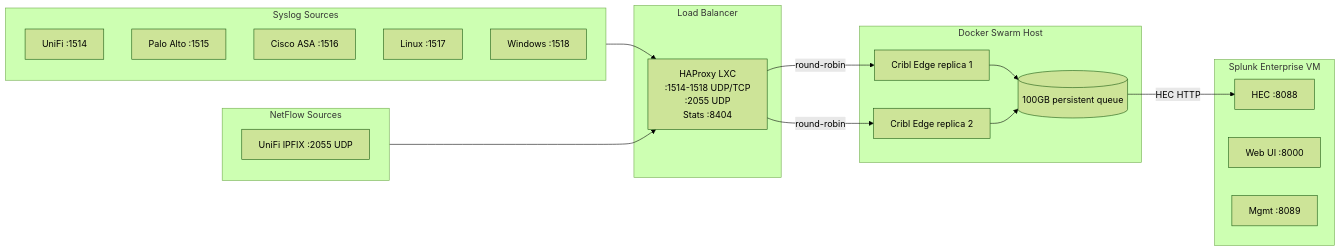
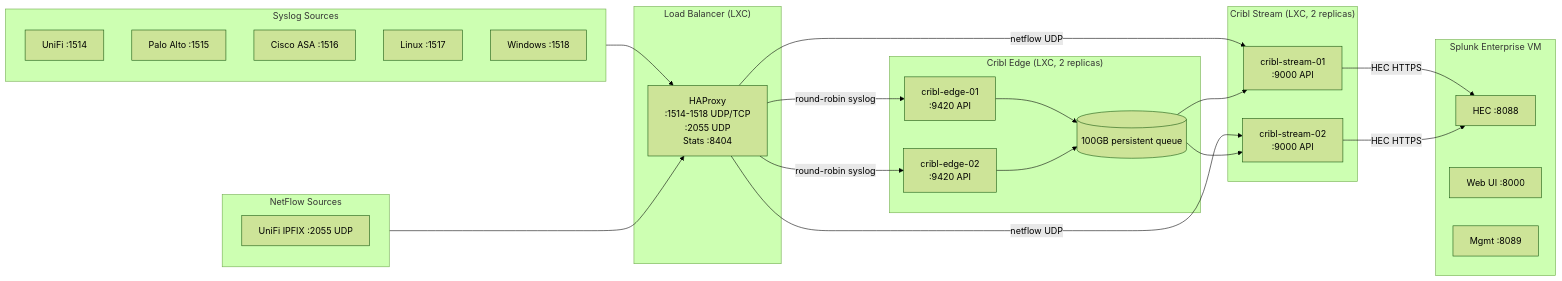
One commit to JacobPEvans/terraform-proxmox changed the second of 3 diagrams in docs/ARCHITECTURE.md. Above: the diagram before and after it, drawn with Mermaid (forest theme). The commit also changed other lines of this file and 1 other file, not shown here.

First line of the commit message:
docs(architecture): align with Cribl two-tier pipeline and Samba NAS reality

````diff
--- a/docs/ARCHITECTURE.md
+++ b/docs/ARCHITECTURE.md
@@ -51,38 +50,48 @@
 ```mermaid
 flowchart LR
     subgraph Sources["Syslog Sources"]
         U[UniFi :1514]
         PA[Palo Alto :1515]
         CA[Cisco ASA :1516]
         LN[Linux :1517]
         WN[Windows :1518]
     end
 
     subgraph NetFlow["NetFlow Sources"]
         NF[UniFi IPFIX :2055 UDP]
     end
 
-    subgraph LB["Load Balancer"]
-        HAP[HAProxy LXC<br/>:1514-1518 UDP/TCP<br/>:2055 UDP<br/>Stats :8404]
+    subgraph LB["Load Balancer (LXC)"]
+        HAP[HAProxy<br/>:1514-1518 UDP/TCP<br/>:2055 UDP<br/>Stats :8404]
     end
 
-    subgraph Collectors["Docker Swarm Host"]
-        CE1[Cribl Edge replica 1]
-        CE2[Cribl Edge replica 2]
+    subgraph Collectors["Cribl Edge (LXC, 2 replicas)"]
+        CE1[cribl-edge-01<br/>:9420 API]
+        CE2[cribl-edge-02<br/>:9420 API]
         PQ[(100GB persistent queue)]
+    end
+
+    subgraph Processors["Cribl Stream (LXC, 2 replicas)"]
+        CS1[cribl-stream-01<br/>:9000 API]
+        CS2[cribl-stream-02<br/>:9000 API]
     end
 
     subgraph Destination["Splunk Enterprise VM"]
         HEC[HEC :8088]
         WEB[Web UI :8000]
         MGMT[Mgmt :8089]
     end
 
     Sources --> HAP
     NetFlow --> HAP
-    HAP -->|round-robin| CE1
-    HAP -->|round-robin| CE2
+    HAP -->|round-robin syslog| CE1
+    HAP -->|round-robin syslog| CE2
+    HAP -->|netflow UDP| CS1
+    HAP -->|netflow UDP| CS2
     CE1 --> PQ
     CE2 --> PQ
-    PQ -->|HEC HTTP| HEC
+    PQ --> CS1
+    PQ --> CS2
+    CS1 -->|HEC HTTPS| HEC
+    CS2 -->|HEC HTTPS| HEC
 ```
````
